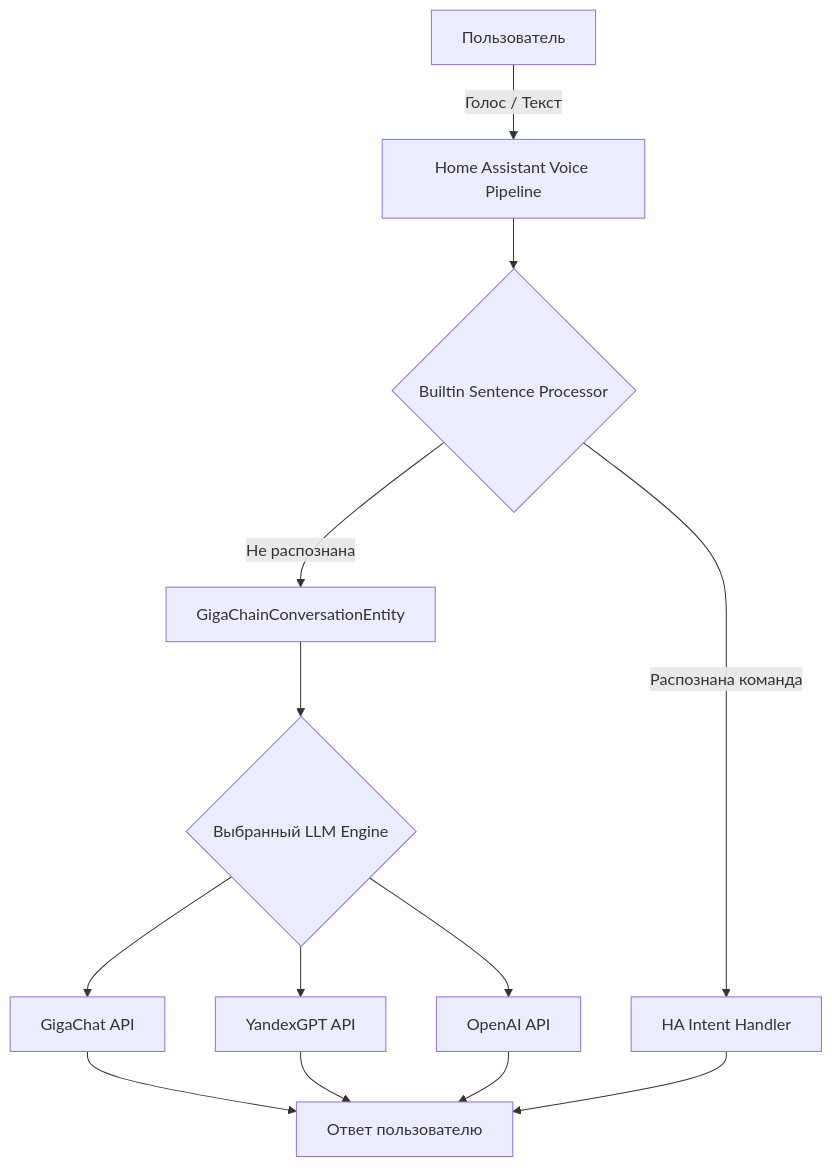
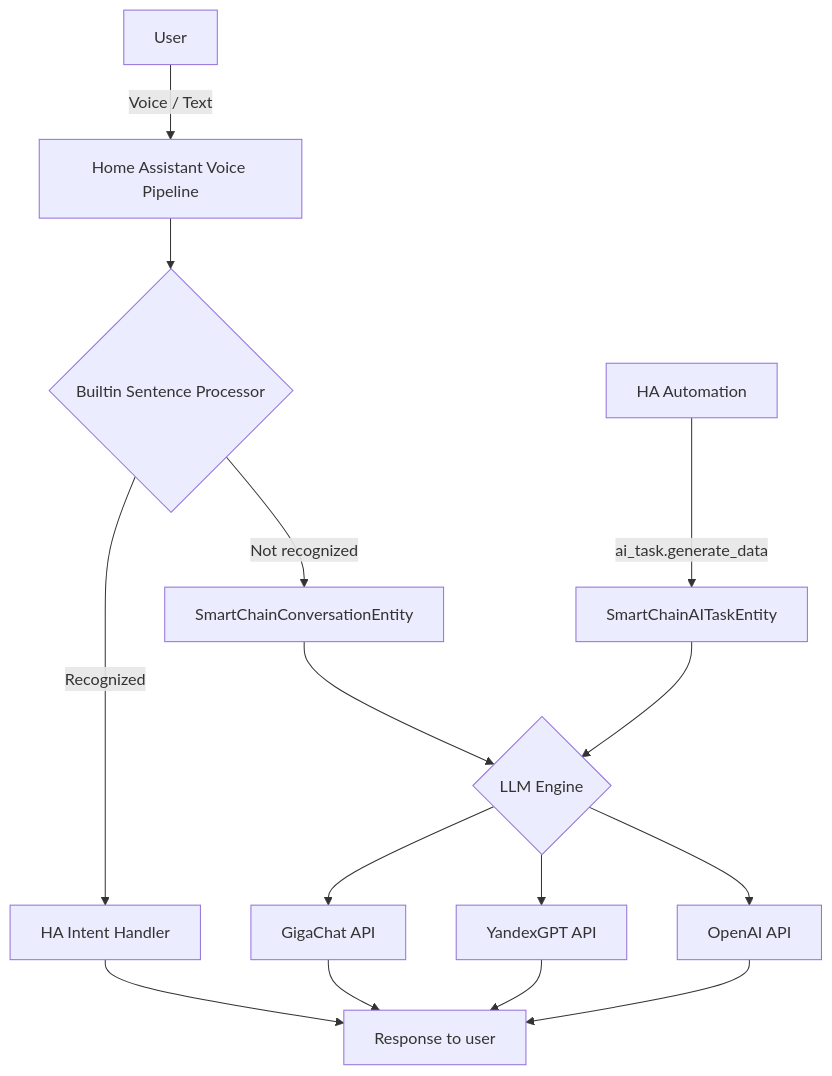
Before and after one commit to dzerik/ha-smartchain: the first of 3 diagrams in docs/DOCUMENTATION.md, drawn with Mermaid. The commit also changed other lines of this file and 2 other files, not shown here.

First line of the commit message:
docs: update all documentation for SmartChain rename

````diff
--- a/docs/DOCUMENTATION.md
+++ b/docs/DOCUMENTATION.md
@@ -36,15 +15,18 @@
 ```mermaid
 flowchart TD
-    A[Пользователь] -->|Голос / Текст| B[Home Assistant Voice Pipeline]
+    A[User] -->|Voice / Text| B[Home Assistant Voice Pipeline]
     B --> C{Builtin Sentence Processor}
-    C -->|Распознана команда| D[HA Intent Handler]
-    C -->|Не распознана| E[GigaChainConversationEntity]
-    E --> F{Выбранный LLM Engine}
+    C -->|Recognized| D[HA Intent Handler]
+    C -->|Not recognized| E[SmartChainConversationEntity]
+    E --> F{LLM Engine}
     F --> G[GigaChat API]
     F --> H[YandexGPT API]
     F --> I[OpenAI API]
-    G --> J[Ответ пользователю]
+    G --> J[Response to user]
     H --> J
     I --> J
     D --> J
+
+    K[HA Automation] -->|ai_task.generate_data| L[SmartChainAITaskEntity]
+    L --> F
 ```
````
